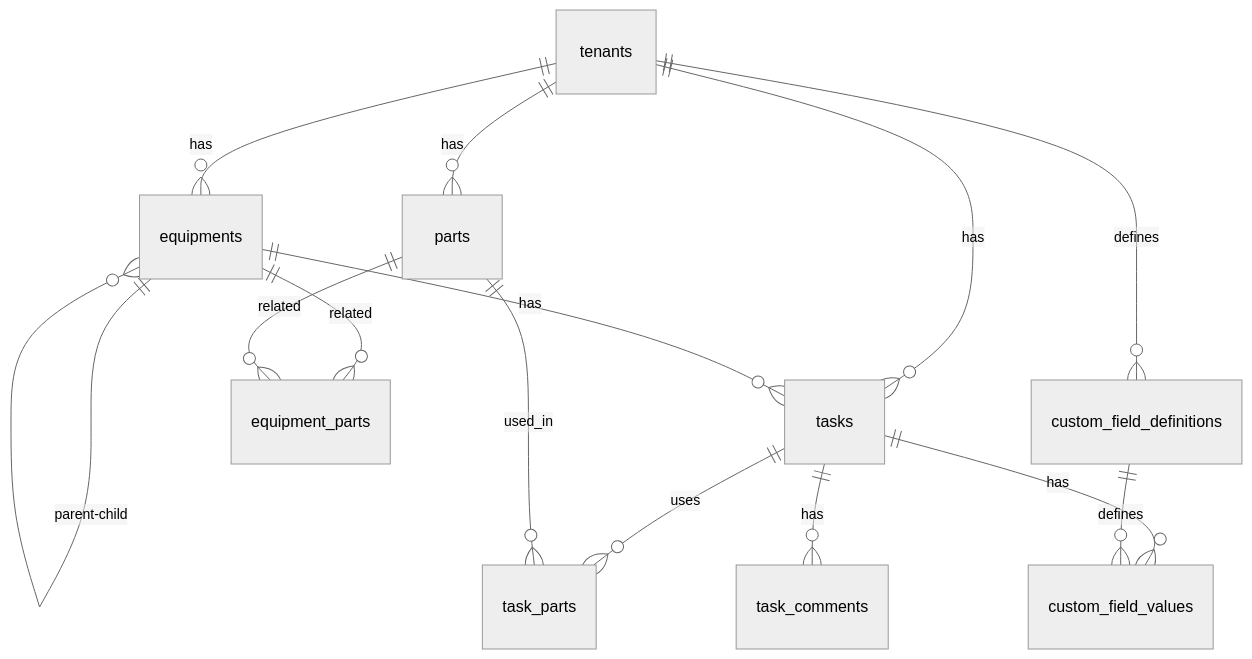
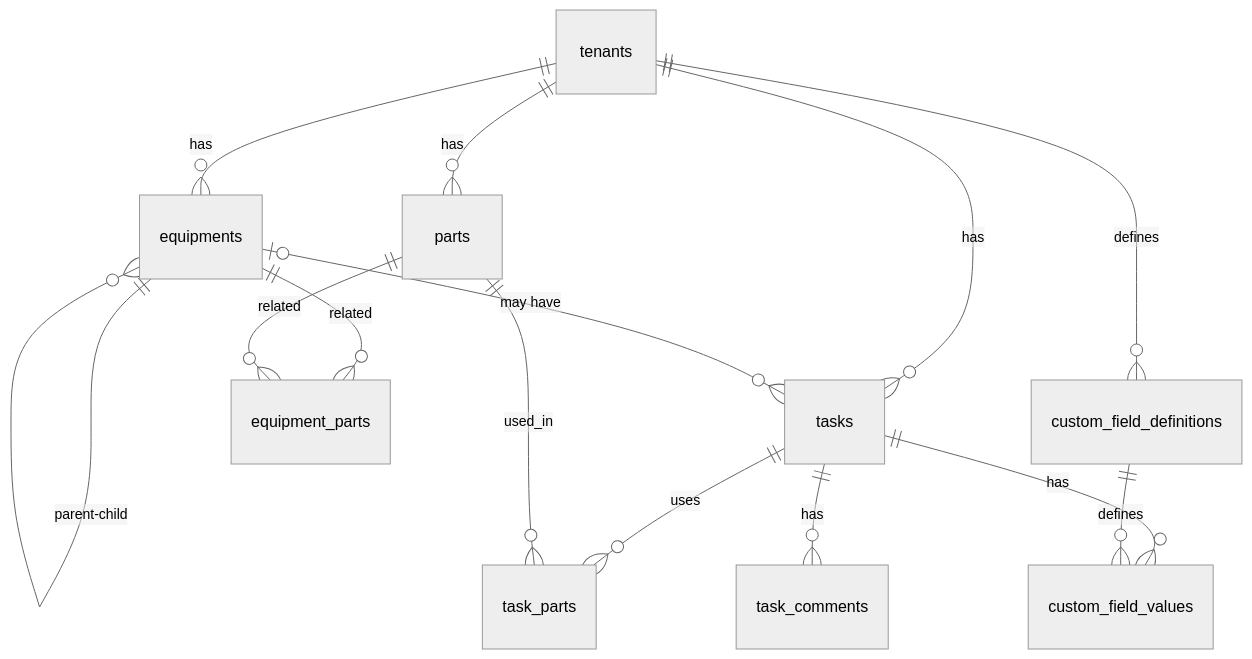
Before and after one commit to bright-broom/task-management: the diagram in README.md, drawn with Mermaid (neutral theme).

Commit message:
docs: update README ER diagram for optional equipment relationship
Change equipment-to-tasks relationship from required (||--o{) to
optional (|o--o{) with label "may have".

🤖 Generated with [Claude Code](https://claude.com/claude-code)

````diff
--- a/README.md
+++ b/README.md
@@ -117,16 +117,16 @@
 ```mermaid
 erDiagram
     tenants ||--o{ equipments : "has"
     tenants ||--o{ parts : "has"
     tenants ||--o{ tasks : "has"
     tenants ||--o{ custom_field_definitions : "defines"
     equipments ||--o{ equipments : "parent-child"
     equipments ||--o{ equipment_parts : "related"
     parts ||--o{ equipment_parts : "related"
-    equipments ||--o{ tasks : "has"
+    equipments |o--o{ tasks : "may have"
     tasks ||--o{ task_parts : "uses"
     parts ||--o{ task_parts : "used_in"
     tasks ||--o{ custom_field_values : "has"
     custom_field_definitions ||--o{ custom_field_values : "defines"
     tasks ||--o{ task_comments : "has"
 ```
````
